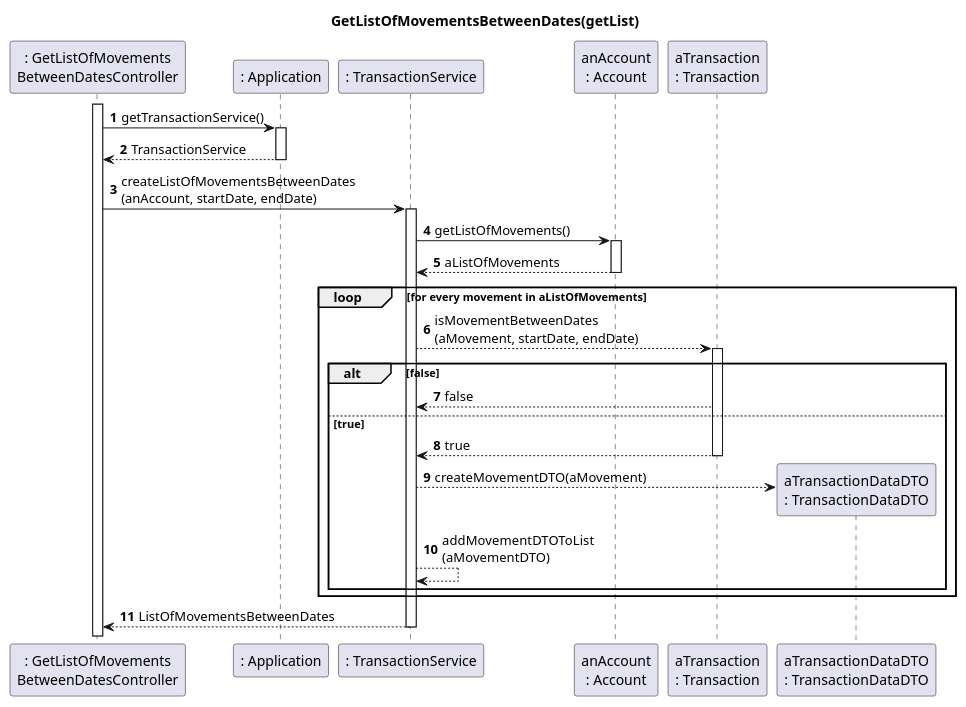
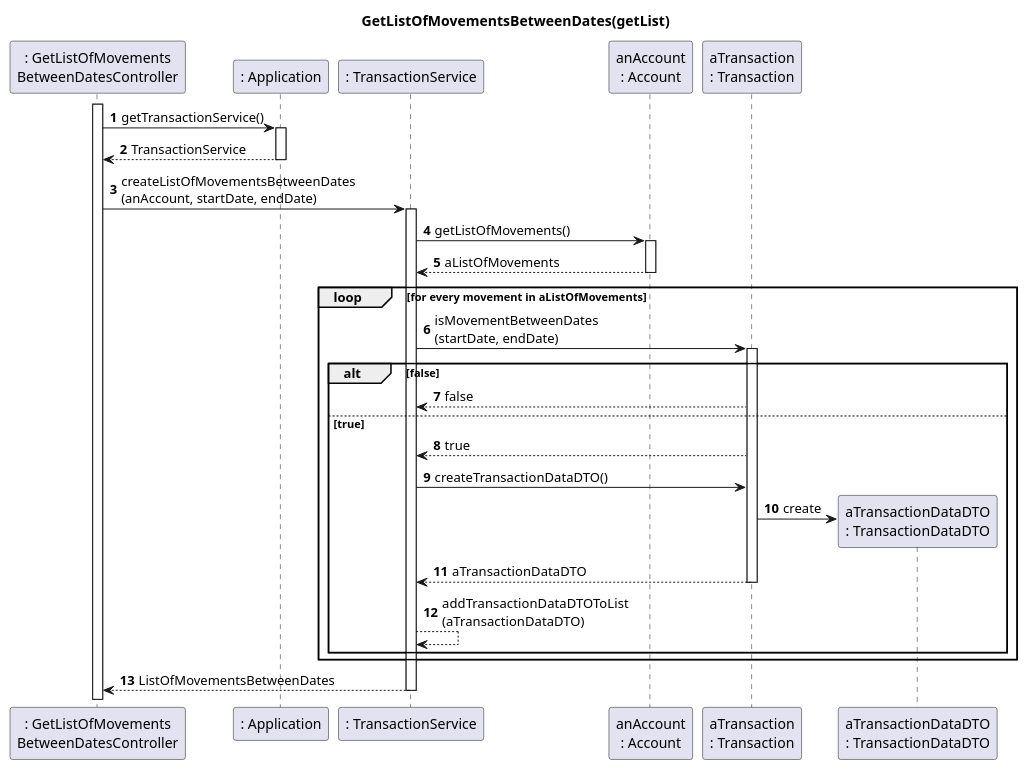
One commit to tomas-osswald/switch_2020_g3 changed the third of 4 diagrams in docs/sprint2/user_stories/US186_GetListOfMovementsBetweenDates.md. Above: the diagram before and after it, drawn with PlantUML. The commit also changed other lines of this file, not shown here.

Commit message:
Update in sequence diagrams of US186 to match changes in implementation.

`````diff
--- a/docs/sprint2/user_stories/US186_GetListOfMovementsBetweenDates.md
+++ b/docs/sprint2/user_stories/US186_GetListOfMovementsBetweenDates.md
@@ -135,42 +135,47 @@
 ````puml
 autonumber
 
 title GetListOfMovementsBetweenDates(getList)
 
 participant ": GetListOfMovements\nBetweenDatesController" as Controller
 participant ": Application" as App
 participant ": TransactionService" as TransactionService
 participant "anAccount\n: Account" as Account
 participant "aTransaction\n: Transaction" as Transaction
 participant "aTransactionDataDTO\n: TransactionDataDTO" as TransactionDataDTO
 
 activate Controller
 Controller -> App : getTransactionService()
 activate App
 App --> Controller : TransactionService
 deactivate App
 
 Controller -> TransactionService : createListOfMovementsBetweenDates\n(anAccount, startDate, endDate)
 activate TransactionService
 
 TransactionService -> Account : getListOfMovements()
 activate Account
 Account --> TransactionService : aListOfMovements
 deactivate Account
 
 loop for every movement in aListOfMovements
-TransactionService --> Transaction : isMovementBetweenDates\n(aMovement, startDate, endDate)
+TransactionService -> Transaction : isMovementBetweenDates\n(startDate, endDate)
 activate Transaction
 alt false
 Transaction --> TransactionService : false
 else true
 Transaction --> TransactionService : true
+
+TransactionService -> Transaction : createTransactionDataDTO()
+Transaction -> TransactionDataDTO ** : create
+Transaction --> TransactionService : aTransactionDataDTO
+
 deactivate Transaction
-TransactionService --> TransactionDataDTO ** : createMovementDTO(aMovement)
-TransactionService --> TransactionService : addMovementDTOToList\n(aMovementDTO)
+
+TransactionService --> TransactionService : addTransactionDataDTOToList\n(aTransactionDataDTO)
 end
 end
 
 TransactionService --> Controller : ListOfMovementsBetweenDates
 deactivate TransactionService
 ````
`````
